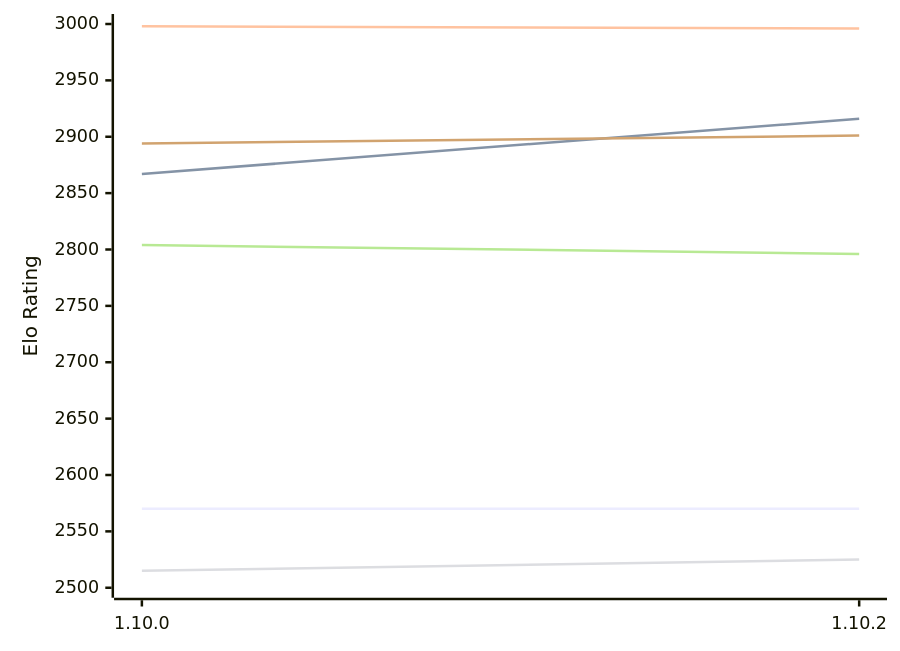
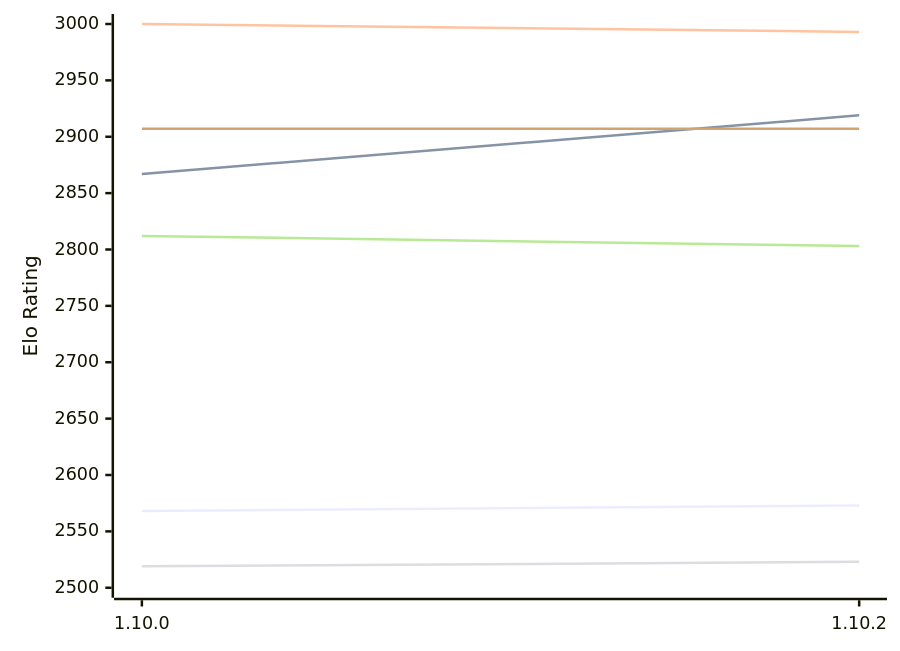
Before and after one commit to computer-chess-index/cci: the first of 2 diagrams in engines/Basilisk.md, drawn with Mermaid. The commit also changed other lines of this file, not shown here.

Commit message:
Update CCI Ratings (ELO VLTC) - 2026-11-17

````diff
--- a/engines/Basilisk.md
+++ b/engines/Basilisk.md
@@ -61,12 +61,12 @@
 ```mermaid
 %%{init: {"theme":"base","themeVariables":{"seriesColors:['#a3a3a3','#222221','#faa371']}}}%%
 xychart-beta
   x-axis ["1.10.0", "1.10.2"]
   y-axis "Elo Rating" 2500 --> 3000
-  line "E1: STC (8.0+0.08s)" [2570, 2570]
-  line "E1: LTC (60.0+0.60s)" [2867, 2916]
-  line "E1: VLTC (2m24s+1.12s)" [2998, 2996]
-  line "P1: STC (8.0+0.08s)" [2515, 2525]
-  line "P1: LTC (60.0+0.60s)" [2804, 2796]
-  line "P1: VLTC (2m24s+1.12s)" [2894, 2901]
+  line "E1: STC (8.0+0.08s)" [2568, 2573]
+  line "E1: LTC (60.0+0.60s)" [2867, 2919]
+  line "E1: VLTC (2m24s+1.12s)" [3000, 2993]
+  line "P1: STC (8.0+0.08s)" [2519, 2523]
+  line "P1: LTC (60.0+0.60s)" [2812, 2803]
+  line "P1: VLTC (2m24s+1.12s)" [2907, 2907]
 ```
````
